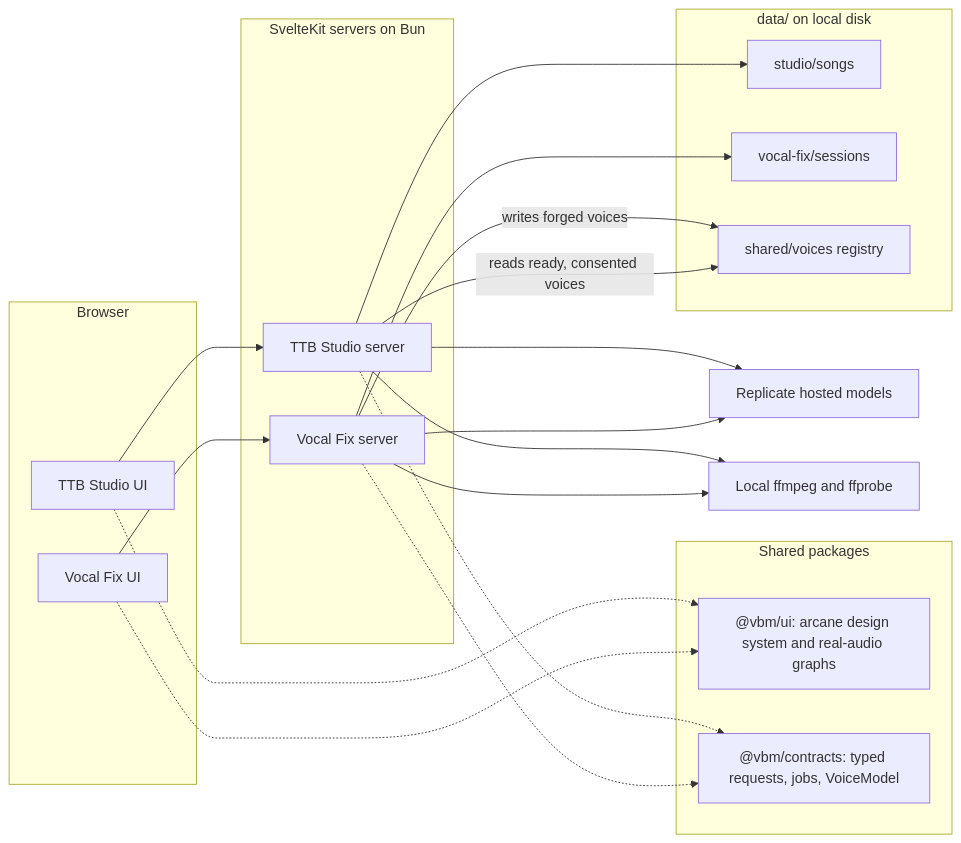
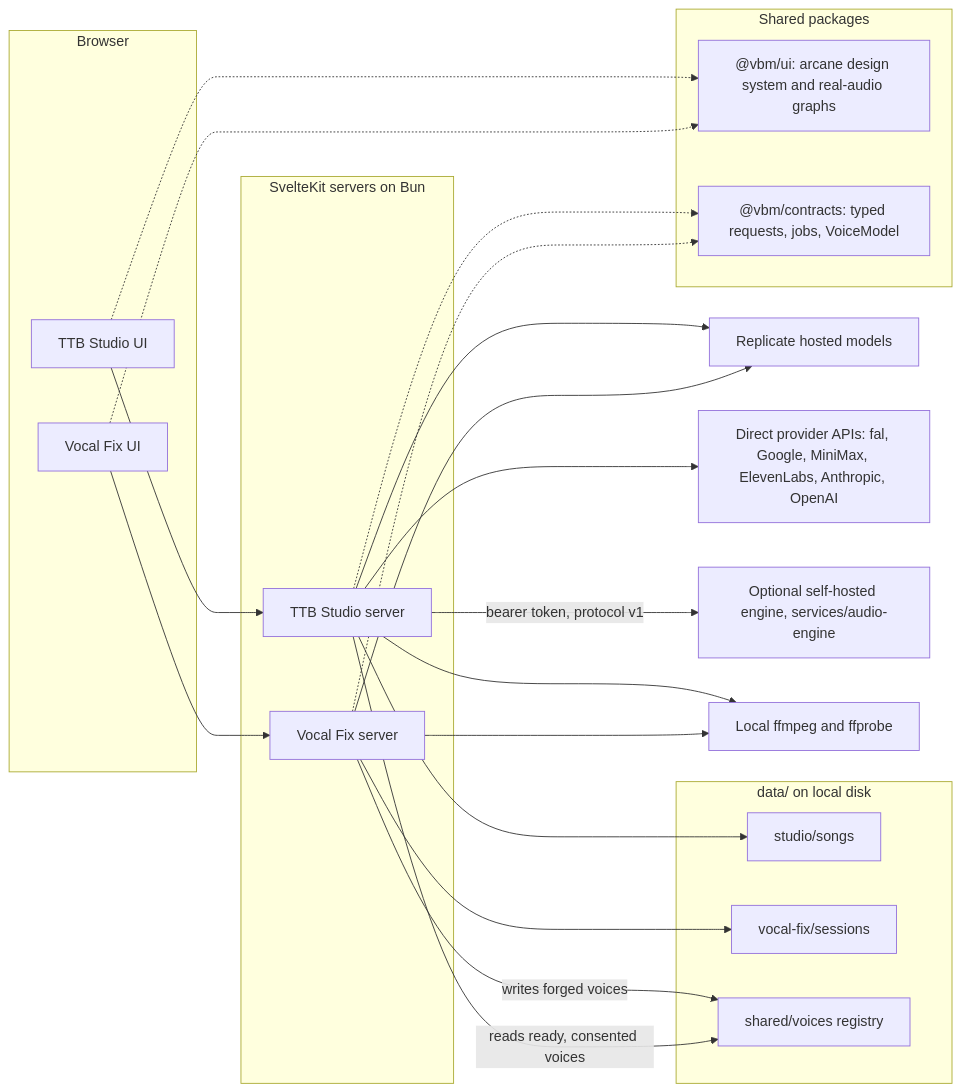
The first of 9 diagrams in docs/DESIGN.md (g-baskin/VocalBlackMagic), drawn with Mermaid before and after one commit. The commit also changed other lines of this file and 383 other files, not shown here.

First line of the commit message:
Docs: refresh wiki, code graph and library knowledge to b58d457 (#11)

````diff
--- a/docs/DESIGN.md
+++ b/docs/DESIGN.md
@@ -9,37 +9,41 @@
 ```mermaid
 flowchart LR
   subgraph browser["Browser"]
     studioUI["TTB Studio UI"]
     vfUI["Vocal Fix UI"]
   end
   subgraph shared["Shared packages"]
     ui["@vbm/ui: arcane design system and real-audio graphs"]
     contracts["@vbm/contracts: typed requests, jobs, VoiceModel"]
   end
   subgraph servers["SvelteKit servers on Bun"]
     studioSrv["TTB Studio server"]
     vfSrv["Vocal Fix server"]
   end
   subgraph disk["data/ on local disk"]
     songs["studio/songs"]
     sessions["vocal-fix/sessions"]
     registry["shared/voices registry"]
   end
   replicate["Replicate hosted models"]
+  providers["Direct provider APIs: fal, Google, MiniMax, ElevenLabs, Anthropic, OpenAI"]
+  engine["Optional self-hosted engine, services/audio-engine"]
   ffmpeg["Local ffmpeg and ffprobe"]
 
   studioUI --> studioSrv
   vfUI --> vfSrv
   studioUI -.-> ui
   vfUI -.-> ui
   studioSrv -.-> contracts
   vfSrv -.-> contracts
   studioSrv --> replicate
+  studioSrv --> providers
+  studioSrv -- "bearer token, protocol v1" --> engine
   vfSrv --> replicate
   studioSrv --> ffmpeg
   vfSrv --> ffmpeg
   studioSrv --> songs
   vfSrv --> sessions
   vfSrv -- "writes forged voices" --> registry
   studioSrv -- "reads ready, consented voices" --> registry
 ```
````
